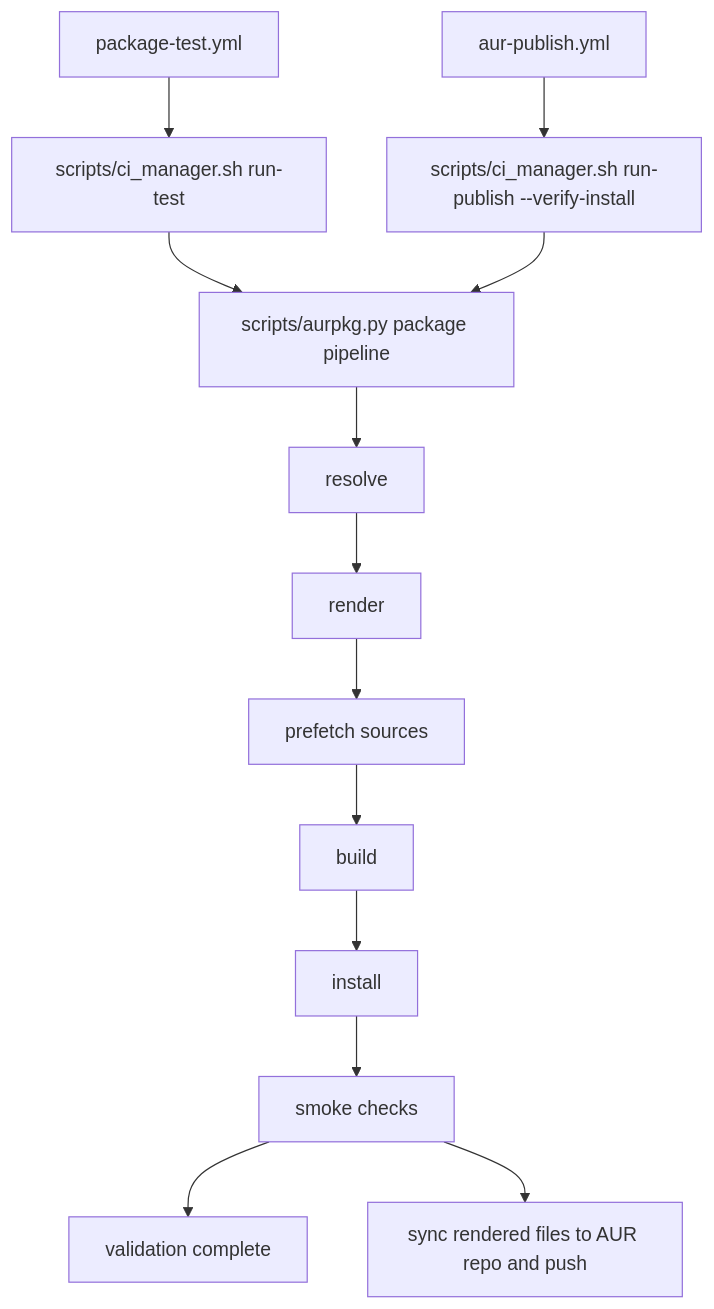
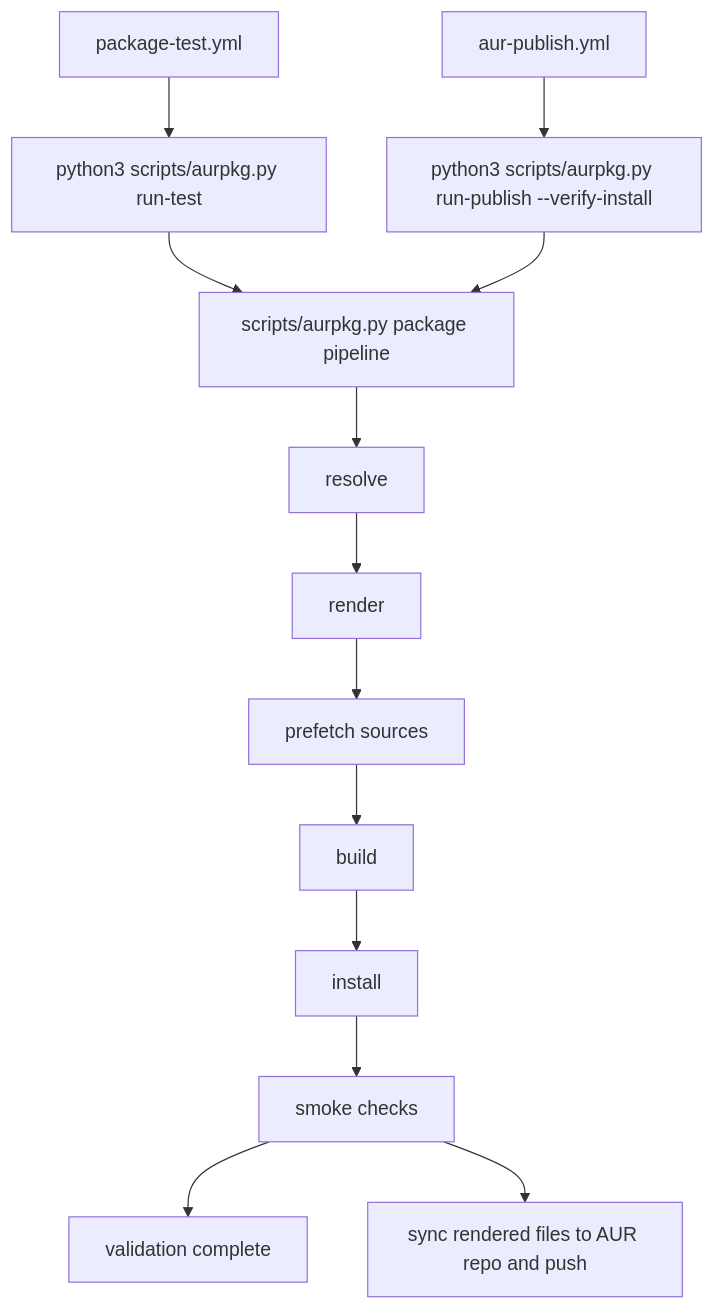
The third of 5 diagrams in docs/WORKFLOW.md (theorangeguo/aur-packages), drawn with Mermaid before and after one commit. The commit also changed other lines of this file and 29 other files, not shown here.

````diff
--- a/docs/WORKFLOW.md
+++ b/docs/WORKFLOW.md
@@ -103,18 +101,18 @@
 ```mermaid
 flowchart TD
-    A[package-test.yml] --> B[scripts/ci_manager.sh run-test]
-    C[aur-publish.yml] --> D[scripts/ci_manager.sh run-publish --verify-install]
+    A[package-test.yml] --> B[python3 scripts/aurpkg.py run-test]
+    C[aur-publish.yml] --> D[python3 scripts/aurpkg.py run-publish --verify-install]
 
     B --> G[scripts/aurpkg.py package pipeline]
     D --> G
 
     G --> H[resolve]
     H --> I[render]
     I --> J[prefetch sources]
     J --> K[build]
     K --> L[install]
     L --> M[smoke checks]
 
     M --> N[validation complete]
     M --> O[sync rendered files to AUR repo and push]
 ```
````
